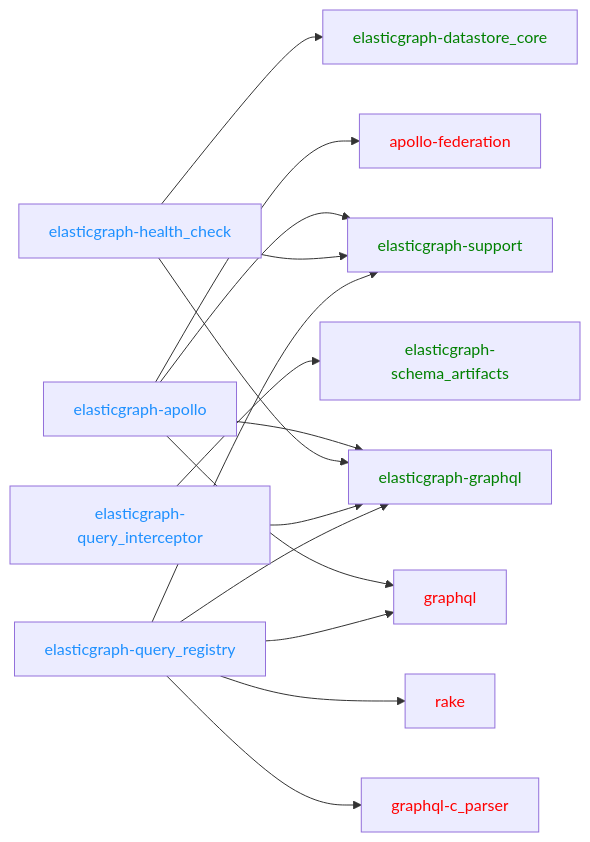
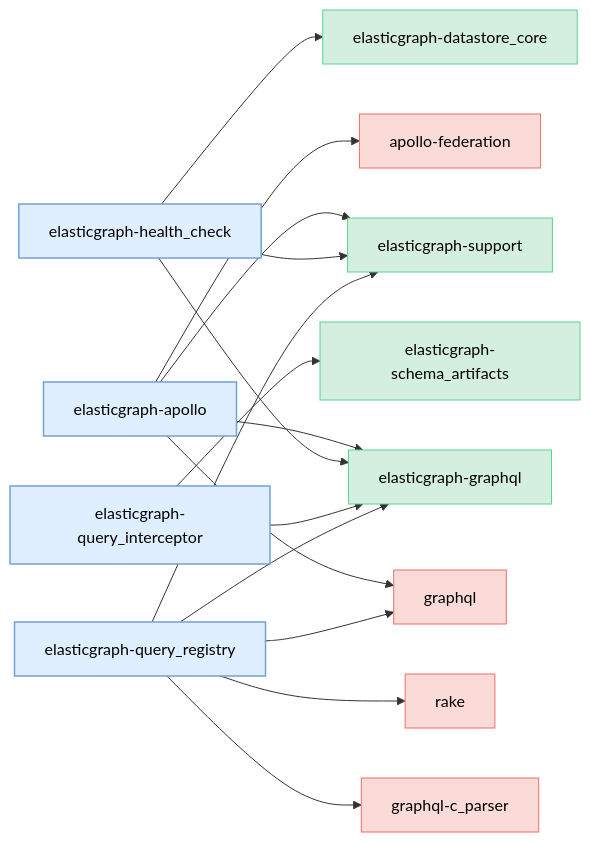
One commit to block/elasticgraph changed the third of 5 diagrams in CODEBASE_OVERVIEW.md. Above: the diagram before and after it, drawn with Mermaid. The commit also changed other lines of this file and 23 other files, not shown here.

````diff
--- a/CODEBASE_OVERVIEW.md
+++ b/CODEBASE_OVERVIEW.md
@@ -109,23 +172,48 @@
 ```mermaid
 graph LR;
-    elasticgraph-apollo --> elasticgraph-graphql & elasticgraph-support & graphql & apollo-federation
-    elasticgraph-health_check --> elasticgraph-datastore_core & elasticgraph-graphql & elasticgraph-support
-    elasticgraph-query_interceptor --> elasticgraph-graphql & elasticgraph-schema_artifacts
-    elasticgraph-query_registry --> elasticgraph-graphql & elasticgraph-support & graphql & graphql-c_parser & rake
-    style elasticgraph-apollo color:DodgerBlue;
-    style elasticgraph-health_check color:DodgerBlue;
-    style elasticgraph-query_interceptor color:DodgerBlue;
-    style elasticgraph-query_registry color:DodgerBlue;
-    style elasticgraph-graphql color:Green;
-    style elasticgraph-support color:Green;
-    style graphql color:Red;
-    style apollo-federation color:Red;
-    style elasticgraph-datastore_core color:Green;
-    style elasticgraph-schema_artifacts color:Green;
-    style graphql-c_parser color:Red;
-    style rake color:Red;
-click apollo-federation href "https://rubygems.org/gems/apollo-federation" "Open on RubyGems.org" _blank;
-click graphql href "https://rubygems.org/gems/graphql" "Open on RubyGems.org" _blank;
-click graphql-c_parser href "https://rubygems.org/gems/graphql-c_parser" "Open on RubyGems.org" _blank;
-click rake href "https://rubygems.org/gems/rake" "Open on RubyGems.org" _blank;
+    classDef currentCategoryGemStyle fill:#E0EFFF,stroke:#70A1D7,color:#000,stroke-width:1.5px;
+    classDef otherEgGemStyle fill:#D4EFDF,stroke:#58D68D,color:#000;
+    classDef externalGemCatStyle fill:#FADBD8,stroke:#EC7063,color:#000;
+    elasticgraph-apollo["elasticgraph-apollo"];
+    elasticgraph-graphql["elasticgraph-graphql"];
+    elasticgraph-support["elasticgraph-support"];
+    graphql["graphql"];
+    apollo-federation["apollo-federation"];
+    elasticgraph-health_check["elasticgraph-health_check"];
+    elasticgraph-datastore_core["elasticgraph-datastore_core"];
+    elasticgraph-query_interceptor["elasticgraph-query_interceptor"];
+    elasticgraph-schema_artifacts["elasticgraph-schema_artifacts"];
+    elasticgraph-query_registry["elasticgraph-query_registry"];
+    graphql-c_parser["graphql-c_parser"];
+    rake["rake"];
+    elasticgraph-apollo --> elasticgraph-graphql;
+    elasticgraph-apollo --> elasticgraph-support;
+    elasticgraph-apollo --> graphql;
+    elasticgraph-apollo --> apollo-federation;
+    elasticgraph-health_check --> elasticgraph-datastore_core;
+    elasticgraph-health_check --> elasticgraph-graphql;
+    elasticgraph-health_check --> elasticgraph-support;
+    elasticgraph-query_interceptor --> elasticgraph-graphql;
+    elasticgraph-query_interceptor --> elasticgraph-schema_artifacts;
+    elasticgraph-query_registry --> elasticgraph-graphql;
+    elasticgraph-query_registry --> elasticgraph-support;
+    elasticgraph-query_registry --> graphql;
+    elasticgraph-query_registry --> graphql-c_parser;
+    elasticgraph-query_registry --> rake;
+    class elasticgraph-apollo currentCategoryGemStyle;
+    class elasticgraph-graphql otherEgGemStyle;
+    class elasticgraph-support otherEgGemStyle;
+    class graphql externalGemCatStyle;
+    class apollo-federation externalGemCatStyle;
+    class elasticgraph-health_check currentCategoryGemStyle;
+    class elasticgraph-datastore_core otherEgGemStyle;
+    class elasticgraph-query_interceptor currentCategoryGemStyle;
+    class elasticgraph-schema_artifacts otherEgGemStyle;
+    class elasticgraph-query_registry currentCategoryGemStyle;
+    class graphql-c_parser externalGemCatStyle;
+    class rake externalGemCatStyle;
+    click graphql href "https://rubygems.org/gems/graphql" "Open on RubyGems.org" _blank;
+    click apollo-federation href "https://rubygems.org/gems/apollo-federation" "Open on RubyGems.org" _blank;
+    click graphql-c_parser href "https://rubygems.org/gems/graphql-c_parser" "Open on RubyGems.org" _blank;
+    click rake href "https://rubygems.org/gems/rake" "Open on RubyGems.org" _blank;
 ```
````
